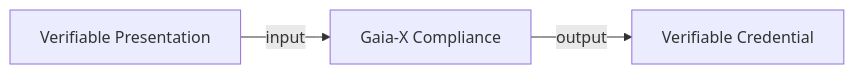
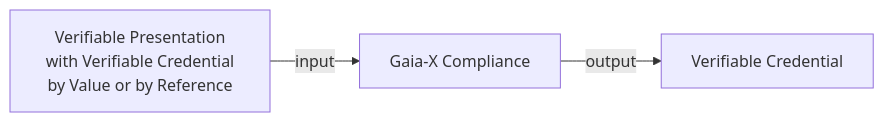
One commit to andreea-corici-ionos/gaia-x-docs changed the diagram in hackathon-nb5.md. Above: the diagram before and after it, drawn with Mermaid. The commit also changed other lines of this file, not shown here.

````diff
--- a/hackathon-nb5.md
+++ b/hackathon-nb5.md
@@ -33,9 +34,9 @@
 ```mermaid
 flowchart LR
 
-in[Verifiable Presentation]
+in[Verifiable Presentation\n with Verifiable Credential by Value or by Reference]
 compliance[Gaia-X Compliance]
 out[Verifiable Credential]
 
 in --> |input|compliance --> |output|out
 ```
````
